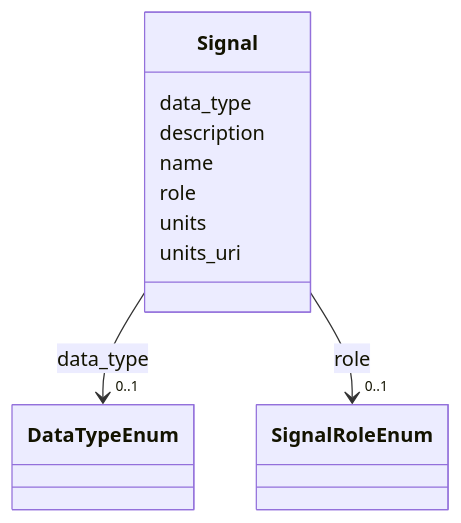
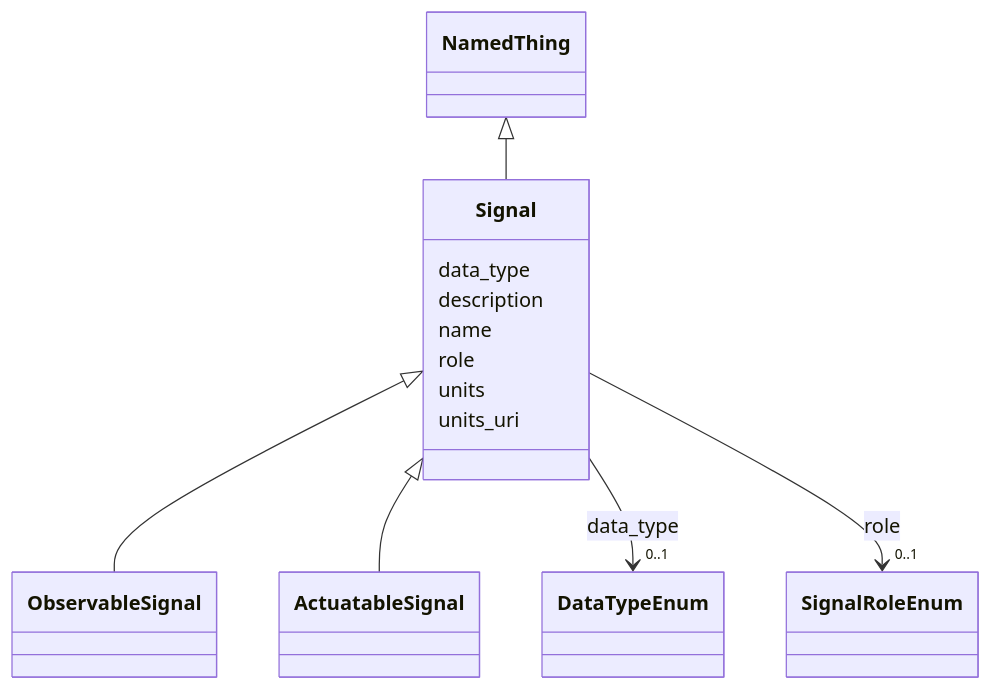
The diagram in docs_narad/Signal.md (pals-project/pals-facility-config), drawn with Mermaid before and after one commit. The commit also changed other lines of this file and 235 other files, not shown here.

Commit message:
aligned schema to SOSA SNN, gen-project gendocs and validate all work

````diff
--- a/docs_narad/Signal.md
+++ b/docs_narad/Signal.md
@@ -18,36 +20,46 @@
 ```mermaid
  classDiagram
     class Signal
     click Signal href "../Signal/"
+      NamedThing <|-- Signal
+        click NamedThing href "../NamedThing/"
+      
+
+      Signal <|-- ObservableSignal
+        click ObservableSignal href "../ObservableSignal/"
+      Signal <|-- ActuatableSignal
+        click ActuatableSignal href "../ActuatableSignal/"
+      
+
       Signal : data_type
         
           
     
         
         
         Signal --> "0..1" DataTypeEnum : data_type
         click DataTypeEnum href "../DataTypeEnum/"
     
 
         
       Signal : description
         
       Signal : name
         
       Signal : role
         
           
     
         
         
         Signal --> "0..1" SignalRoleEnum : role
         click SignalRoleEnum href "../SignalRoleEnum/"
     
 
         
       Signal : units
         
       Signal : units_uri
         
       
 ```
````
